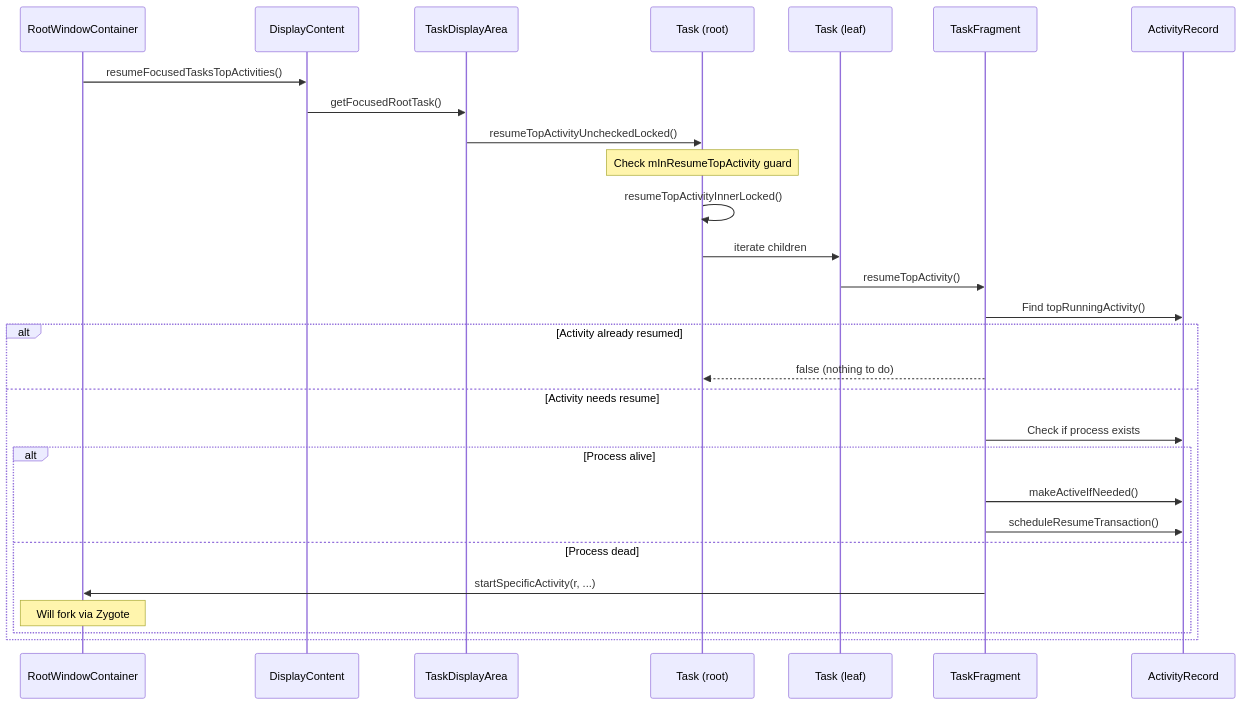
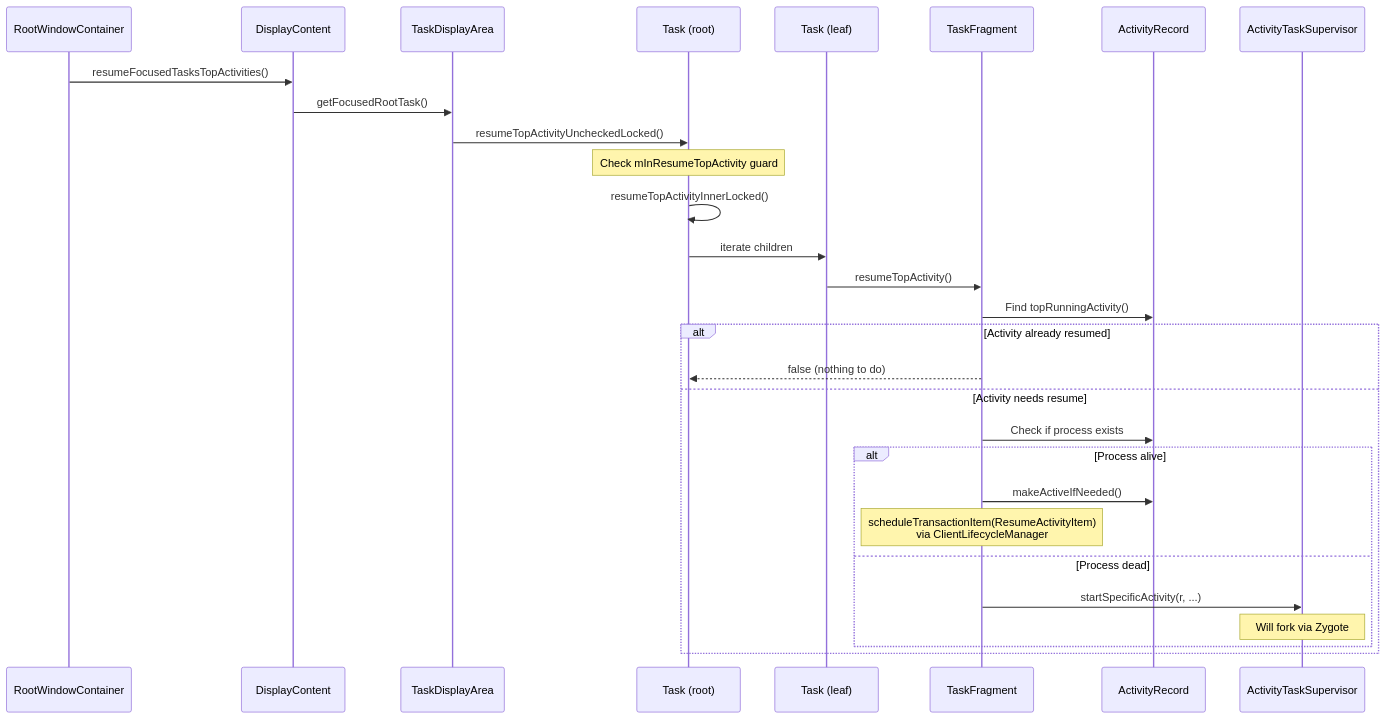
Diagram 22 of 41 in agents/claude/skills/aosp-framework-core/22-activity-and-window.md (aospbooks/aosp-internal-book), drawn with Mermaid before and after one commit. The commit also changed other lines of this file and 218 other files, not shown here.

````diff
--- a/agents/claude/skills/aosp-framework-core/22-activity-and-window.md
+++ b/agents/claude/skills/aosp-framework-core/22-activity-and-window.md
@@ -2222,31 +2232,32 @@
 ```mermaid
 sequenceDiagram
     participant RWC as RootWindowContainer
     participant DC as DisplayContent
     participant TDA as TaskDisplayArea
     participant Task as Task (root)
     participant LeafTask as Task (leaf)
     participant TF as TaskFragment
     participant AR as ActivityRecord
+    participant ATS as ActivityTaskSupervisor
 
     RWC->>DC: resumeFocusedTasksTopActivities()
     DC->>TDA: getFocusedRootTask()
     TDA->>Task: resumeTopActivityUncheckedLocked()
     Note over Task: Check mInResumeTopActivity guard
     Task->>Task: resumeTopActivityInnerLocked()
     Task->>LeafTask: iterate children
     LeafTask->>TF: resumeTopActivity()
     TF->>AR: Find topRunningActivity()
     alt Activity already resumed
         TF-->>Task: false (nothing to do)
     else Activity needs resume
         TF->>AR: Check if process exists
         alt Process alive
             TF->>AR: makeActiveIfNeeded()
-            TF->>AR: scheduleResumeTransaction()
+            Note over TF: scheduleTransactionItem(ResumeActivityItem)<br/>via ClientLifecycleManager
         else Process dead
-            TF->>RWC: startSpecificActivity(r, ...)
-            Note over RWC: Will fork via Zygote
+            TF->>ATS: startSpecificActivity(r, ...)
+            Note over ATS: Will fork via Zygote
         end
     end
 ```
````
